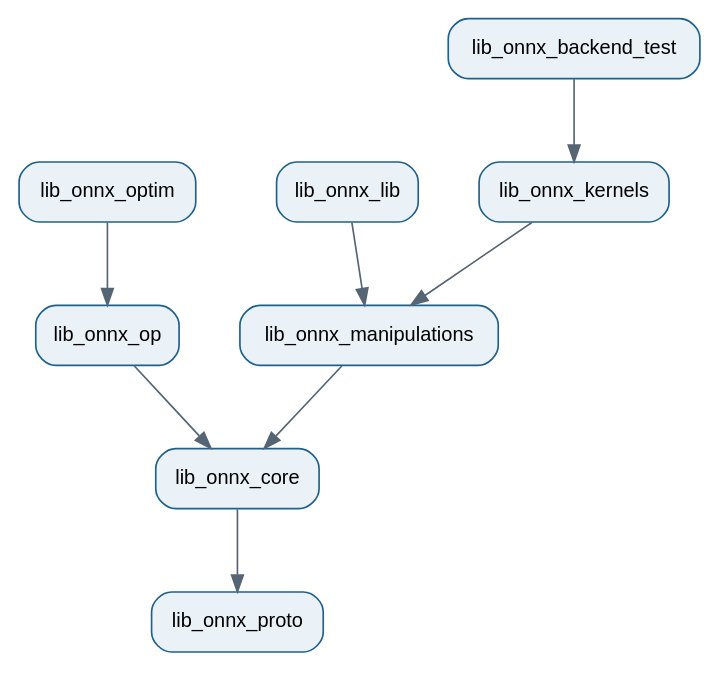
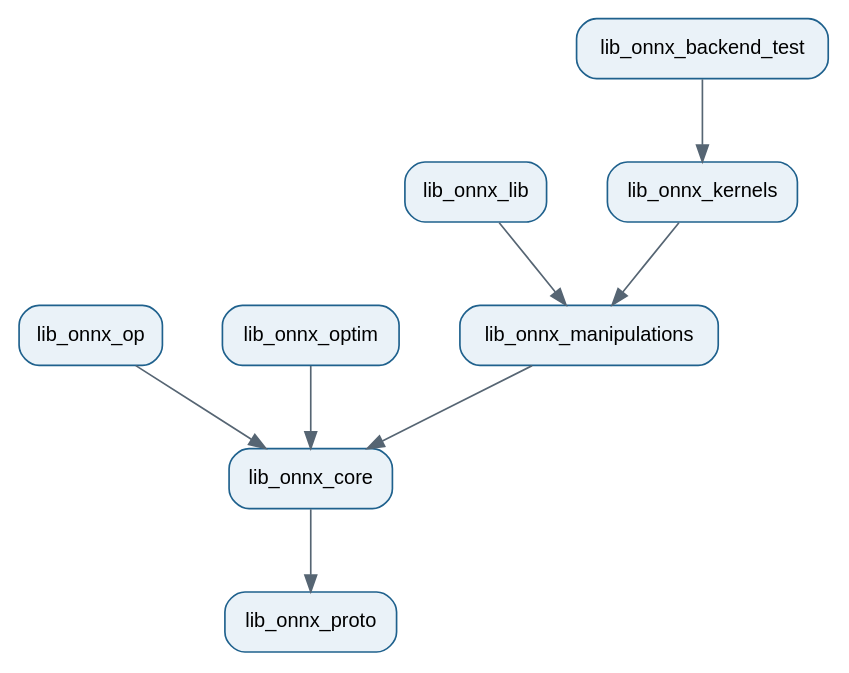
The diagram in docs/design/_static/library_split.dot (xadupre/onnx-light), drawn with Graphviz before and after one commit. The commit also changed 8 other files, not shown here.

Commit message:
feat: move TensorType to onnx_core; lib_onnx_optim depends on lib_onnx_core

```diff
--- a/docs/design/_static/library_split.dot
+++ b/docs/design/_static/library_split.dot
@@ -1,15 +1,15 @@
 digraph library_split {
     rankdir=TB;
     nodesep=0.5;
     ranksep=0.7;
     node [shape=box, style="rounded,filled", fillcolor="#EAF2F8", fontname="Helvetica", fontsize=12, color="#1F618D"];
     edge [fontname="Helvetica", fontsize=10, color="#566573"];
 
     lib_onnx_core -> lib_onnx_proto;
     lib_onnx_op -> lib_onnx_core;
-    lib_onnx_optim -> lib_onnx_op;
+    lib_onnx_optim -> lib_onnx_core;
     lib_onnx_manipulations -> lib_onnx_core;
     lib_onnx_lib -> lib_onnx_manipulations;
     lib_onnx_kernels -> lib_onnx_manipulations;
     lib_onnx_backend_test -> lib_onnx_kernels;
 }
```
